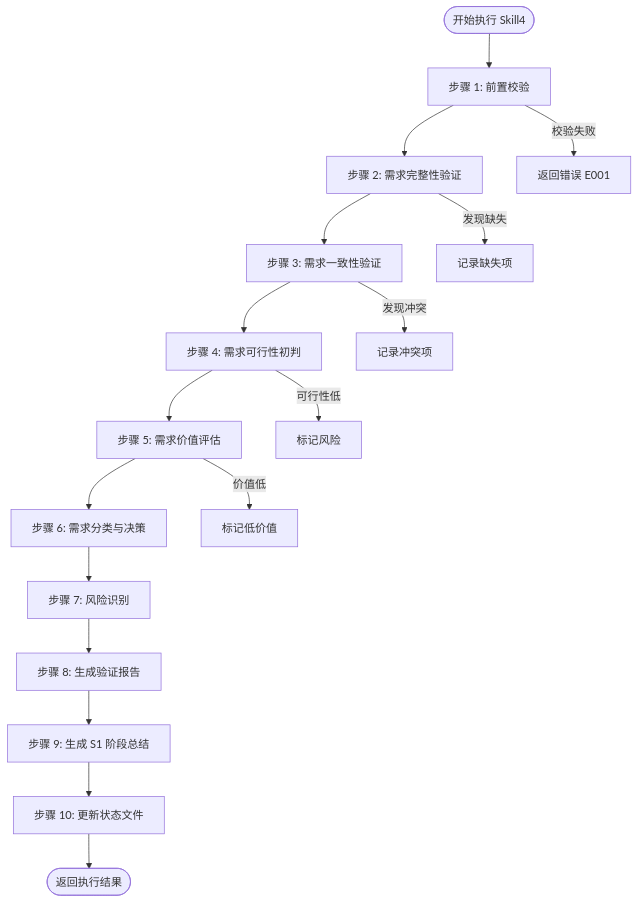
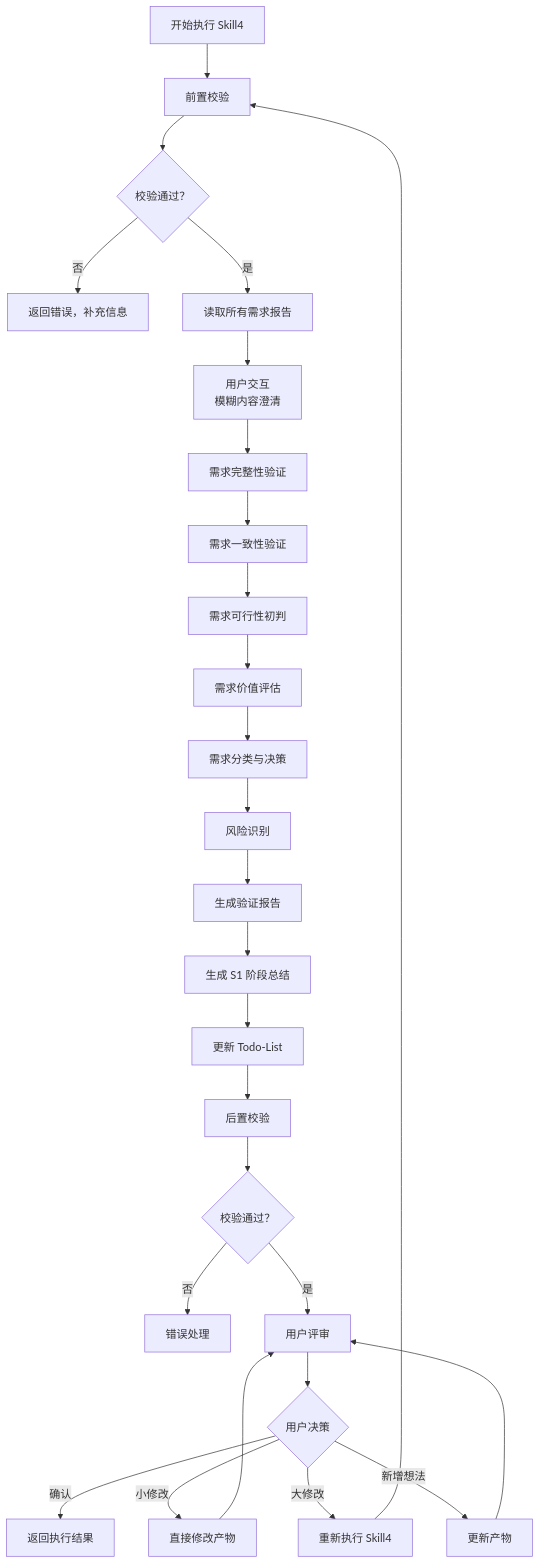
One commit to HeartFlying/swf changed the diagram in skills/s1-requirements/skill4-validation/SKILL.md. Above: the diagram before and after it, drawn with Mermaid. The commit also changed other lines of this file and 39 other files, not shown here.

````diff
--- a/skills/s1-requirements/skill4-validation/SKILL.md
+++ b/skills/s1-requirements/skill4-validation/SKILL.md
@@ -133,20 +224,29 @@
 ```mermaid
 flowchart TD
-    Start([开始执行 Skill4]) --> Step1[步骤 1: 前置校验]
-    Step1 --> Step2[步骤 2: 需求完整性验证]
-    Step2 --> Step3[步骤 3: 需求一致性验证]
-    Step3 --> Step4[步骤 4: 需求可行性初判]
-    Step4 --> Step5[步骤 5: 需求价值评估]
-    Step5 --> Step6[步骤 6: 需求分类与决策]
-    Step6 --> Step7[步骤 7: 风险识别]
-    Step7 --> Step8[步骤 8: 生成验证报告]
-    Step8 --> Step9[步骤 9: 生成 S1 阶段总结]
-    Step9 --> Step10[步骤 10: 更新状态文件]
-    Step10 --> End([返回执行结果])
-    
-    Step1 -- 校验失败 --> Error1[返回错误 E001]
-    Step2 -- 发现缺失 --> Warn1[记录缺失项]
-    Step3 -- 发现冲突 --> Warn2[记录冲突项]
-    Step4 -- 可行性低 --> Warn3[标记风险]
-    Step5 -- 价值低 --> Warn4[标记低价值]
+    Start[开始执行 Skill4] --> PreCheck[前置校验]
+    PreCheck --> CheckResult{校验通过？}
+    CheckResult -->|否 | Error[返回错误，补充信息]
+    CheckResult -->|是 | Read[读取所有需求报告]
+    Read --> Interact[用户交互<br/>模糊内容澄清]
+    Interact --> Completeness[需求完整性验证]
+    Completeness --> Consistency[需求一致性验证]
+    Consistency --> Feasibility[需求可行性初判]
+    Feasibility --> Value[需求价值评估]
+    Value --> Decision[需求分类与决策]
+    Decision --> Risk[风险识别]
+    Risk --> GenReport[生成验证报告]
+    GenReport --> GenSummary[生成 S1 阶段总结]
+    GenSummary --> UpdateTodo[更新 Todo-List]
+    UpdateTodo --> PostCheck[后置校验]
+    PostCheck --> PostCheckResult{校验通过？}
+    PostCheckResult -->|否 | HandleError[错误处理]
+    PostCheckResult -->|是 | Review[用户评审]
+    Review --> ReviewResult{用户决策}
+    ReviewResult -->|确认 | Return[返回执行结果]
+    ReviewResult -->|小修改 | Modify[直接修改产物]
+    ReviewResult -->|大修改 | ReExecute[重新执行 Skill4]
+    ReviewResult -->|新增想法 | Update[更新产物]
+    Modify --> Review
+    Update --> Review
+    ReExecute --> PreCheck
 ```
````
